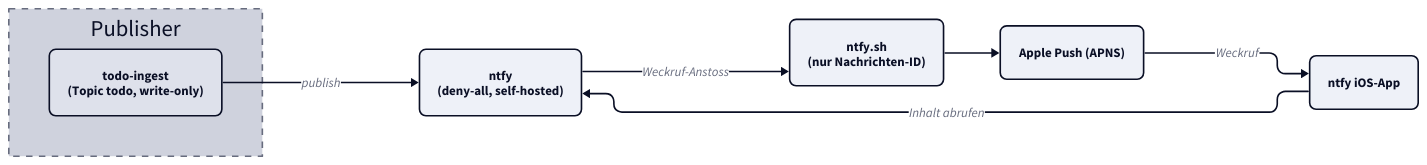
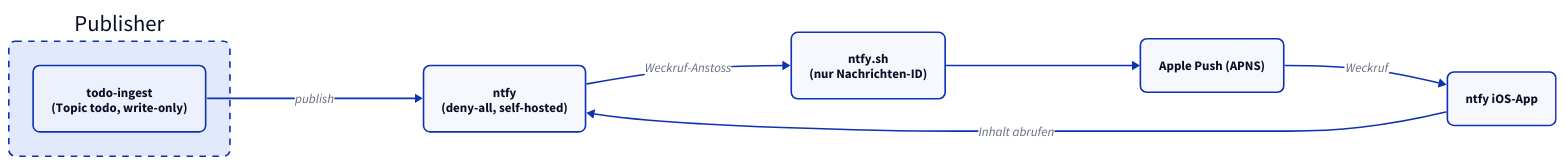
Before and after one commit to derever-labs/homelab-wiki: the diagram in docs/ntfy/index.md, drawn with D2. The commit also changed 10 other files, not shown here.

First line of the commit message:
docs(identity): Diagramme fuer TALA ueberarbeiten (Batch B4) (#99)

````diff
--- a/docs/ntfy/index.md
+++ b/docs/ntfy/index.md
@@ -29,30 +29,24 @@
 ```d2
-vars: {
-  d2-config: {
-    theme-id: 1
-    layout-engine: elk
-  }
-}
+direction: right
 
 classes: {
   node: { style: { border-radius: 8 } }
+  container: { style: { border-radius: 8; stroke-dash: 4 } }
 }
 
-direction: right
-
-Producers: "Publisher" {
-  style.stroke-dash: 4
+Producers: Publisher {
+  class: container
   TI: "todo-ingest\n(Topic todo, write-only)" { class: node }
 }
 
 Ntfy: "ntfy\n(deny-all, self-hosted)" { class: node }
 Upstream: "ntfy.sh\n(nur Nachrichten-ID)" { class: node }
 Apple: "Apple Push (APNS)" { class: node }
 App: "ntfy iOS-App" { class: node }
 
 Producers.TI -> Ntfy: "publish"
 Ntfy -> Upstream: "Weckruf-Anstoss"
 Upstream -> Apple
 Apple -> App: "Weckruf"
 App -> Ntfy: "Inhalt abrufen"
 ```
````
